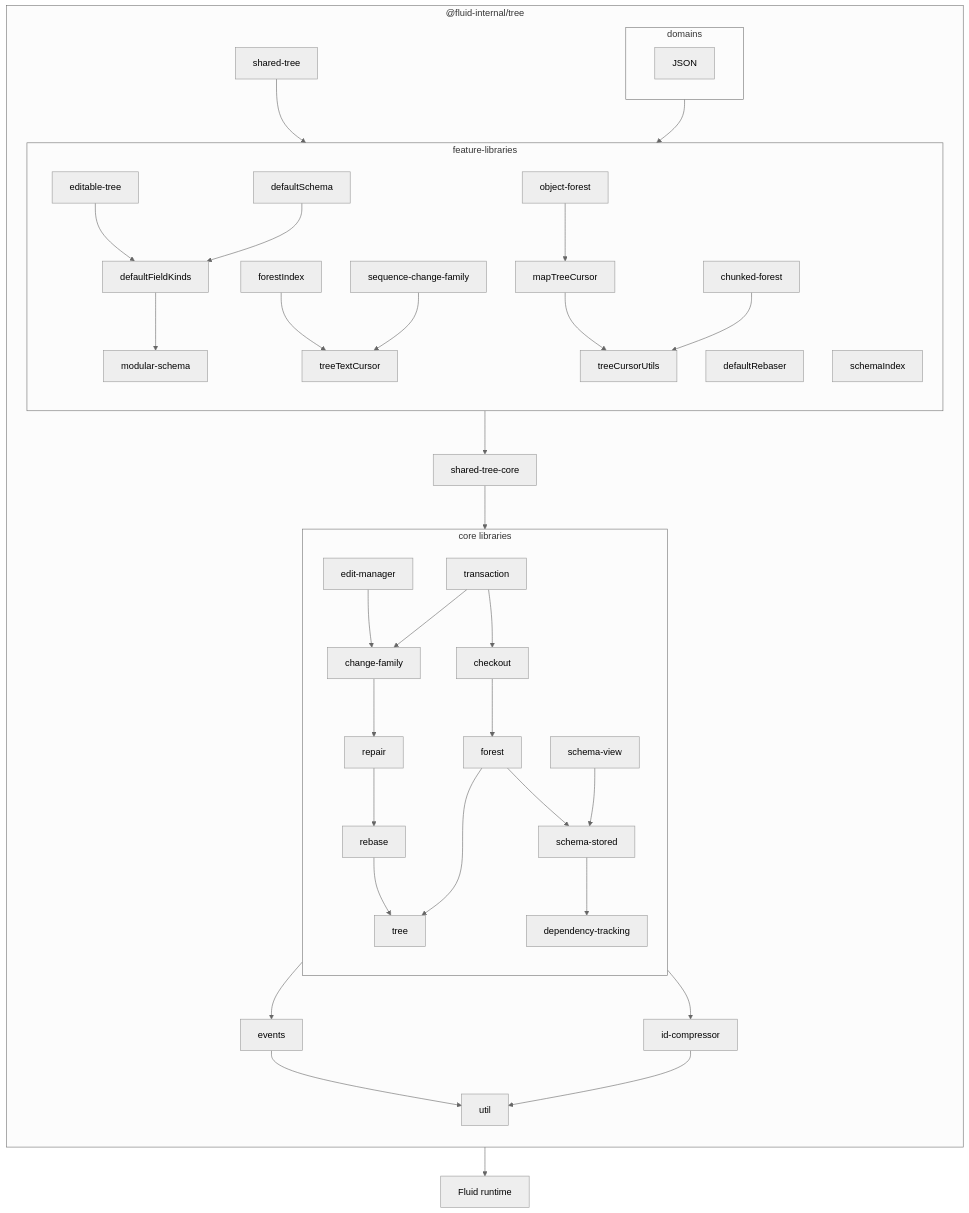
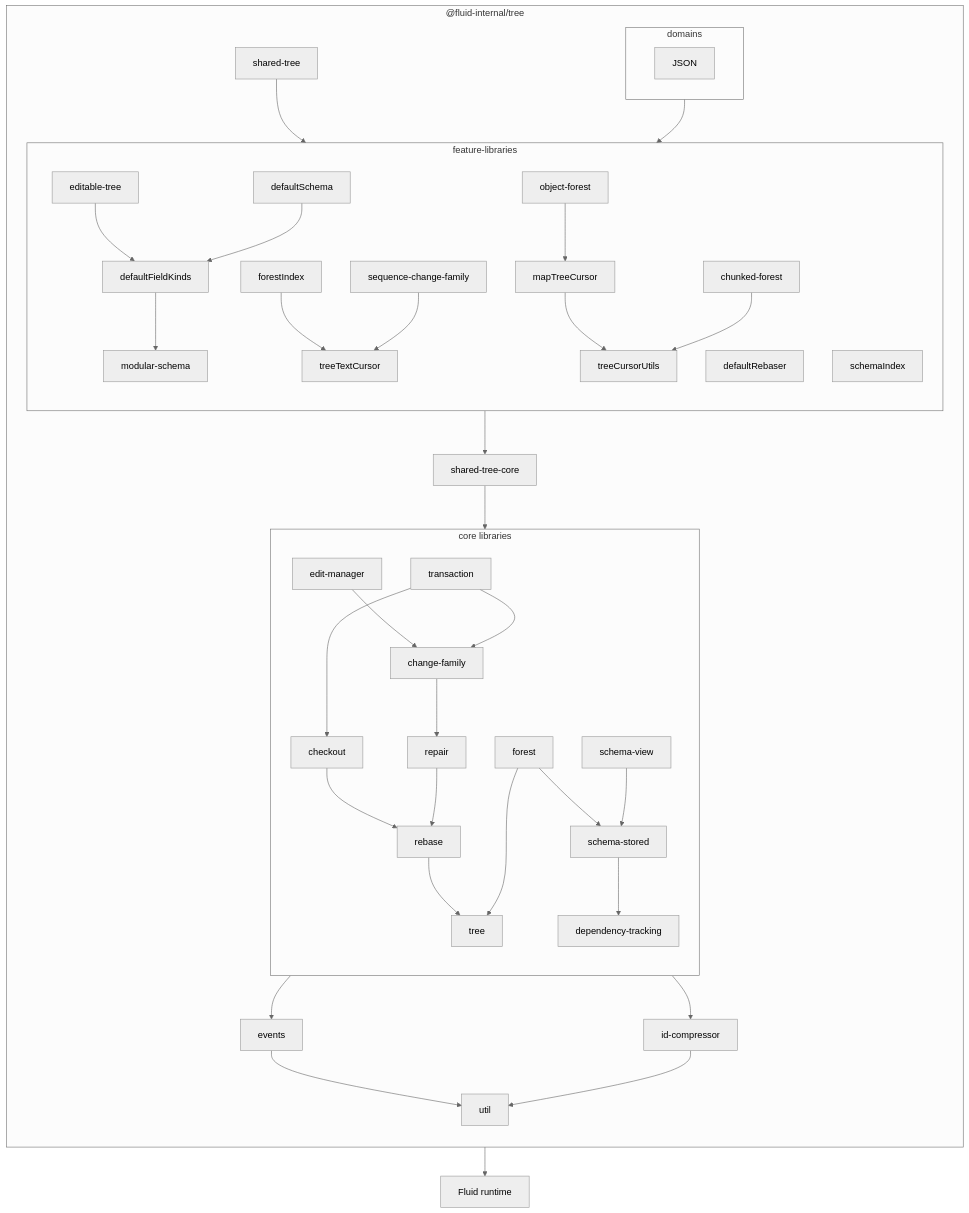
Before and after one commit to microsoft/FluidFramework: the sixth of 6 diagrams in packages/dds/tree/README.md, drawn with Mermaid (neutral theme). The commit also changed 3 other files, not shown here.

````diff
--- a/packages/dds/tree/README.md
+++ b/packages/dds/tree/README.md
@@ -298,44 +298,44 @@
 ```mermaid
 flowchart
     direction TB
     subgraph package ["@fluid-internal/tree"]
         direction TB
         subgraph core ["core libraries"]
             direction TB
-            checkout-->forest
+            checkout-->rebase
             forest-->schema-stored
             change-family-->repair
             edit-manager-->change-family
             repair-->rebase
             rebase-->tree
             schema-stored-->dependency-tracking
             schema-view-->schema-stored
             transaction-->change-family
             transaction-->checkout
             dependency-tracking
             forest-->tree
         end
         core-->events-->util
         core-->id-compressor-->util
         feature-->shared-tree-core
         shared-tree-core-->core
         shared-tree-->feature
         subgraph feature ["feature-libraries"]
             direction TB
             editable-tree-->defaultFieldKinds
             defaultRebaser
             defaultSchema-->defaultFieldKinds-->modular-schema
             forestIndex-->treeTextCursor
             modular-schema
             object-forest-->mapTreeCursor-->treeCursorUtils
             chunked-forest-->treeCursorUtils
             schemaIndex
             sequence-change-family-->treeTextCursor
         end
         subgraph domains
             JSON
         end
         domains-->feature
     end
     package-->runtime["Fluid runtime"]
 ```
````
